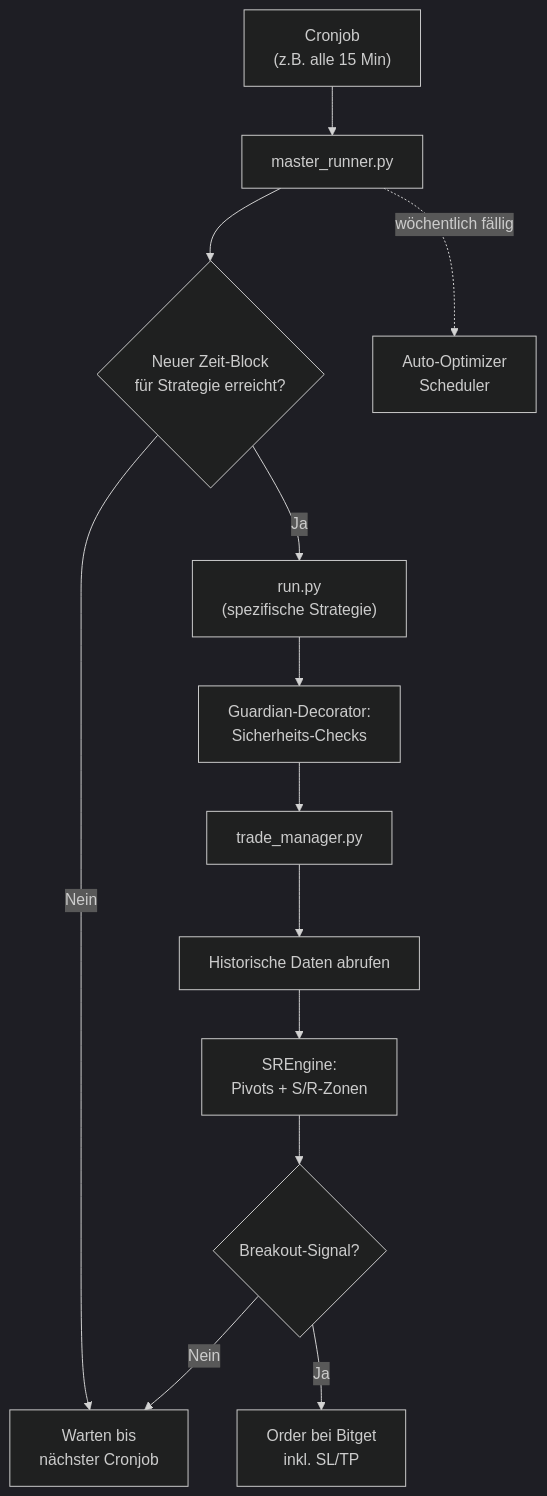
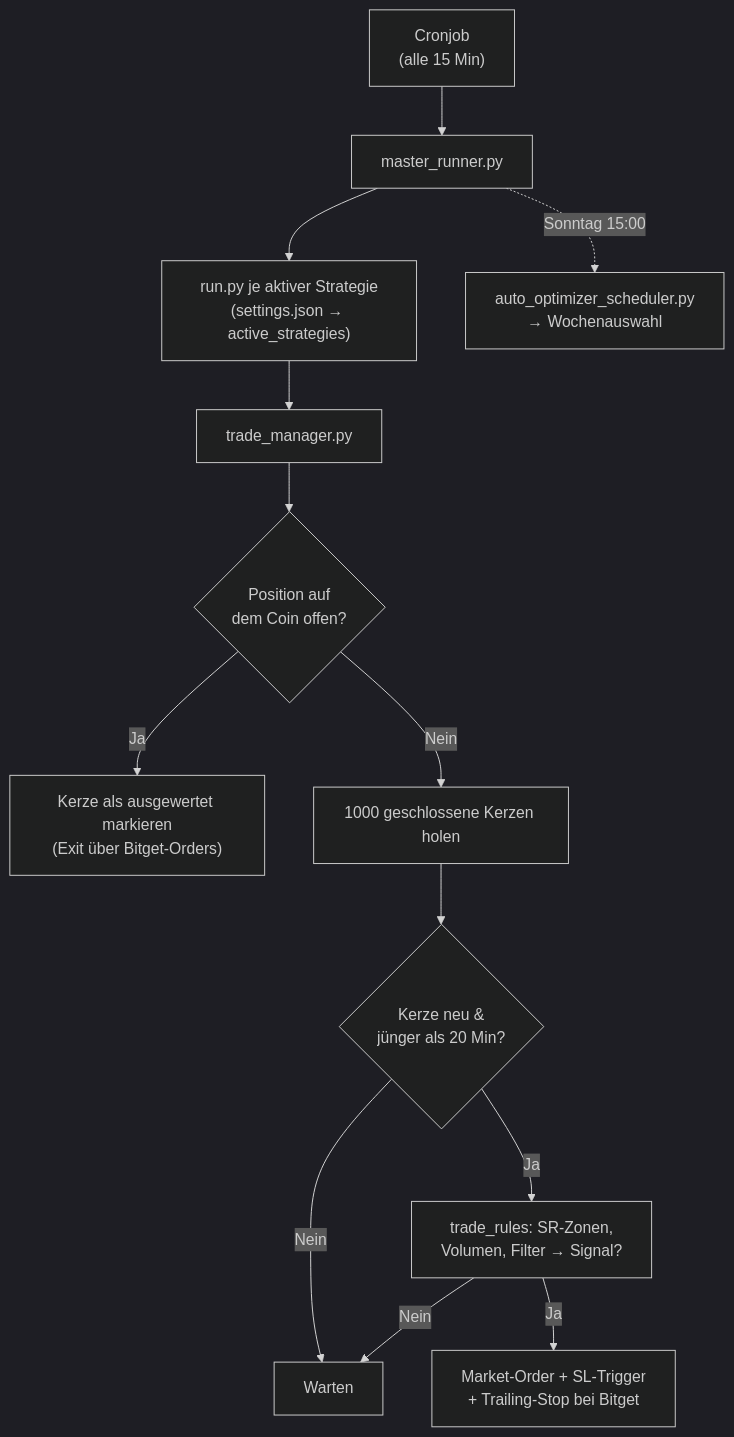
Before and after one commit to Youra82/stbot: the second of 3 diagrams in README.md, drawn with Mermaid (dark theme). The commit also changed other lines of this file and 6 other files, not shown here.

````diff
--- a/README.md
+++ b/README.md
@@ -29,15 +64,15 @@
 ```mermaid
 flowchart TD
-    A["Cronjob\n(z.B. alle 15 Min)"] --> B["master_runner.py"]
-    B --> C{"Neuer Zeit-Block\nfür Strategie erreicht?"}
-    C -- Nein --> Z["Warten bis\nnächster Cronjob"]
-    C -- Ja --> D["run.py\n(spezifische Strategie)"]
-    D --> E["Guardian-Decorator:\nSicherheits-Checks"]
-    E --> F["trade_manager.py"]
-    F --> G["Historische Daten abrufen"]
-    G --> H["SREngine:\nPivots + S/R-Zonen"]
-    H --> I{"Breakout-Signal?"}
-    I -- Ja --> J["Order bei Bitget\ninkl. SL/TP"]
-    I -- Nein --> Z
-    B -. "wöchentlich fällig" .-> K["Auto-Optimizer\nScheduler"]
+    A["Cronjob<br/>(alle 15 Min)"] --> B["master_runner.py"]
+    B --> D["run.py je aktiver Strategie<br/>(settings.json → active_strategies)"]
+    D --> F["trade_manager.py"]
+    F --> P{"Position auf<br/>dem Coin offen?"}
+    P -- Ja --> X["Kerze als ausgewertet markieren<br/>(Exit über Bitget-Orders)"]
+    P -- Nein --> G["1000 geschlossene Kerzen holen"]
+    G --> Q{"Kerze neu &<br/>jünger als 20 Min?"}
+    Q -- Nein --> Z["Warten"]
+    Q -- Ja --> H["trade_rules: SR-Zonen,<br/>Volumen, Filter → Signal?"]
+    H -- Nein --> Z
+    H -- Ja --> J["Market-Order + SL-Trigger<br/>+ Trailing-Stop bei Bitget"]
+    B -. "Sonntag 15:00" .-> K["auto_optimizer_scheduler.py<br/>→ Wochenauswahl"]
 ```
````
